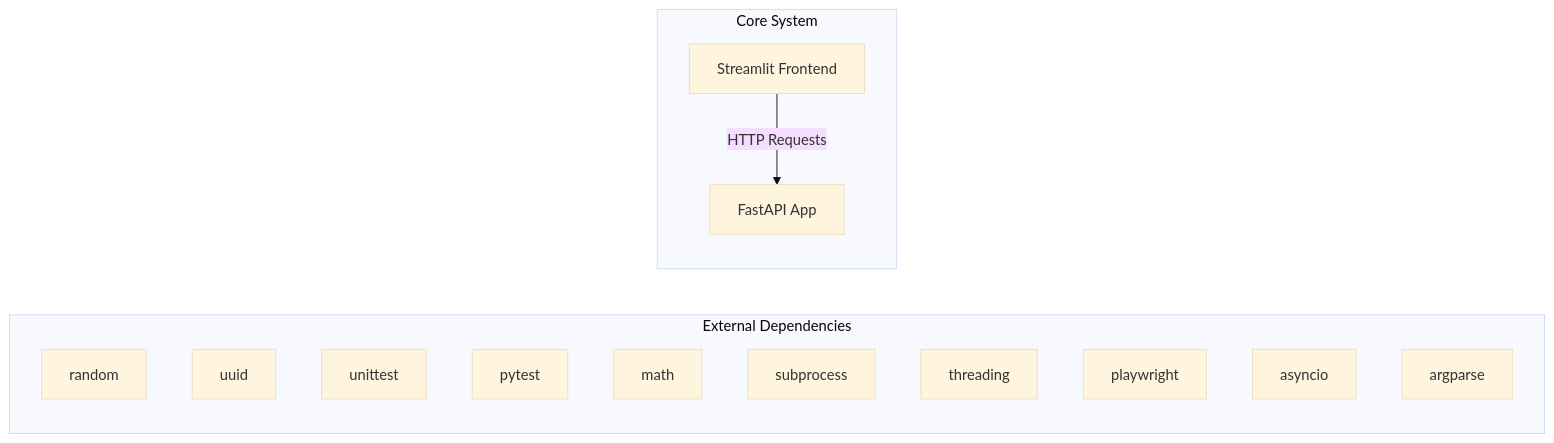
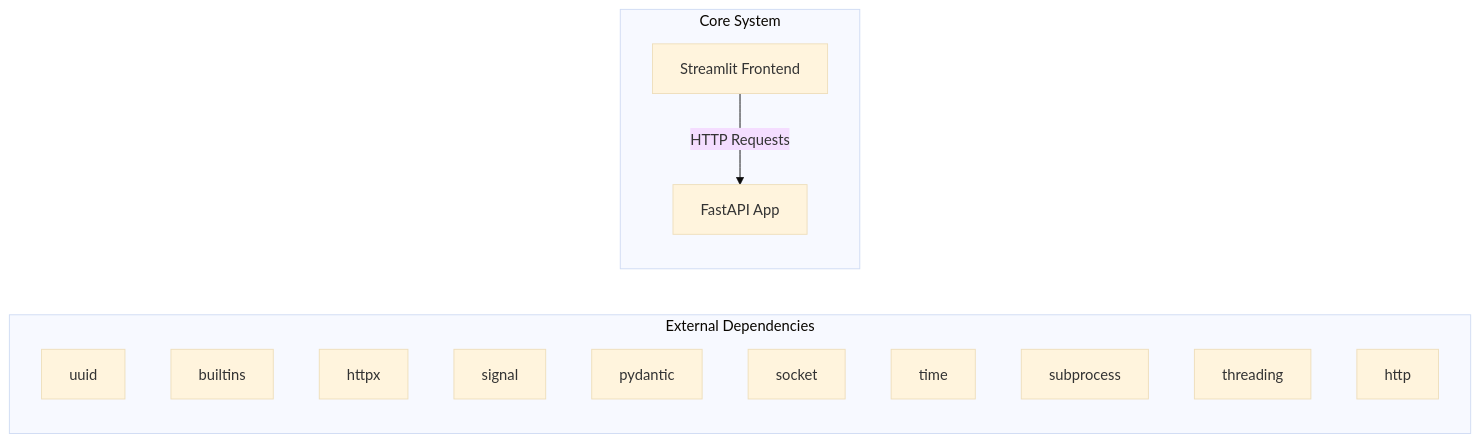
Before and after one commit to NITISH-R-G/rag-context-optimizer: the first of 2 diagrams in docs/architecture.md, drawn with Mermaid (base theme). The commit also changed 1 other file, not shown here.

Commit message:
docs: auto-update repository knowledge, architecture diagrams, and documentation

````diff
--- a/docs/architecture.md
+++ b/docs/architecture.md
@@ -7,20 +7,20 @@
 ```mermaid
 graph LR
     subgraph External Dependencies
-        E0["random"]
-        E1["uuid"]
-        E2["unittest"]
-        E3["pytest"]
-        E4["math"]
-        E5["subprocess"]
-        E6["threading"]
-        E7["playwright"]
-        E8["asyncio"]
-        E9["argparse"]
+        E0["uuid"]
+        E1["builtins"]
+        E2["httpx"]
+        E3["signal"]
+        E4["pydantic"]
+        E5["socket"]
+        E6["time"]
+        E7["subprocess"]
+        E8["threading"]
+        E9["http"]
     end
     subgraph Core System
         API["FastAPI App"]
         UI["Streamlit Frontend"]
     end
     UI -->|HTTP Requests| API
 ```
````
